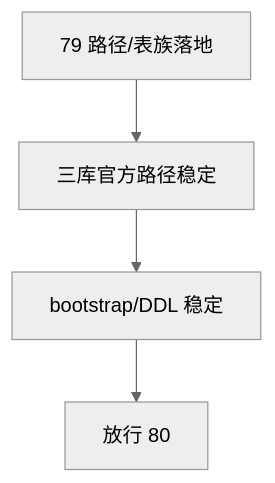
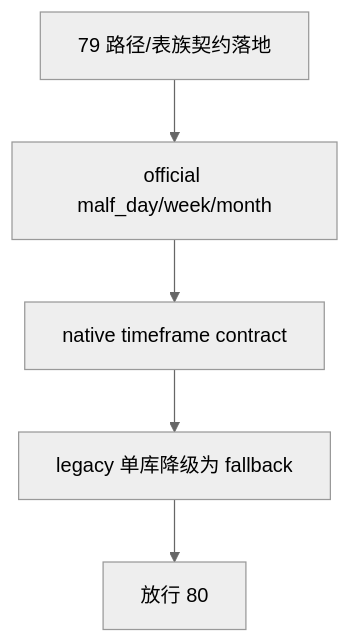
The diagram in docs/03-execution/79-malf-day-week-month-ledger-split-path-contract-conclusion-20260418.md (everything-is-simple/lifespan-0.01), drawn with Mermaid (neutral theme) before and after one commit. The commit also changed other lines of this file and 29 other files, not shown here.

Commit message:
malf: freeze native timeframe path and source design

````diff
--- a/docs/03-execution/79-malf-day-week-month-ledger-split-path-contract-conclusion-20260418.md
+++ b/docs/03-execution/79-malf-day-week-month-ledger-split-path-contract-conclusion-20260418.md
@@ -26,6 +33,7 @@
 ```mermaid
 flowchart TD
-    A["79 路径/表族落地"] --> B["三库官方路径稳定"]
-    B --> C["bootstrap/DDL 稳定"]
-    C --> D["放行 80"]
+    A["79 路径/表族契约落地"] --> B["official malf_day/week/month"]
+    B --> C["native timeframe contract"]
+    C --> D["legacy 单库降级为 fallback"]
+    D --> E["放行 80"]
 ```
````
